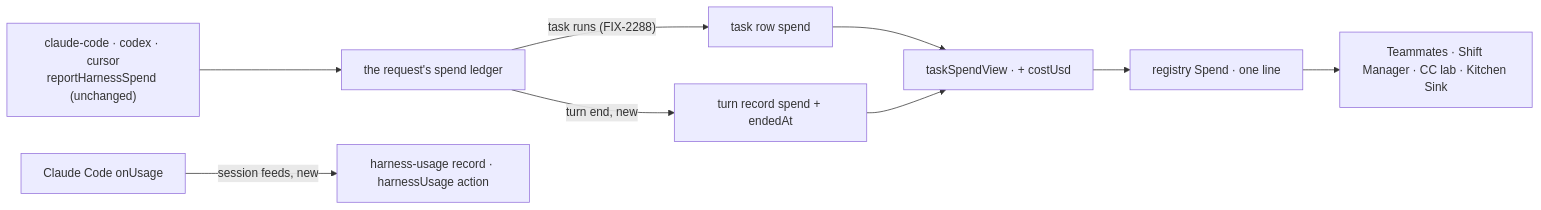
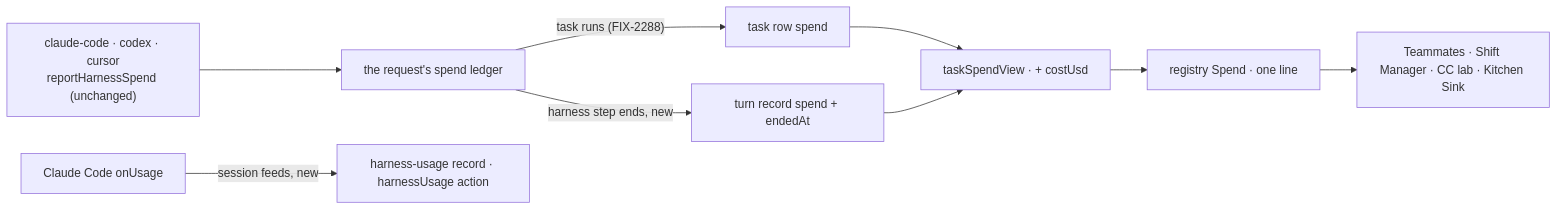
One commit to fixpoint-labs/flow-state-dev changed the second of 2 diagrams in specs/issues/FIX-2398/SPEC.md. Above: the diagram before and after it, drawn with Mermaid. The commit also changed other lines of this file and 1 other file, not shown here.

First line of the commit message:
spec(FIX-2398): round 1 — the turn's spend is written inside the turn

````diff
--- a/specs/issues/FIX-2398/SPEC.md
+++ b/specs/issues/FIX-2398/SPEC.md
@@ -54,11 +54,11 @@
 ```mermaid
 flowchart LR
   H["claude-code · codex · cursor<br/>reportHarnessSpend (unchanged)"] --> L["the request's spend ledger"]
   L -->|"task runs (FIX-2288)"| R["task row spend"]
-  L -->|"turn end, new"| TR["turn record spend + endedAt"]
+  L -->|"harness step ends, new"| TR["turn record spend + endedAt"]
   R --> V["taskSpendView · + costUsd"]
   TR --> V
   V --> S["registry Spend · one line"]
   S --> A["Teammates · Shift Manager · CC lab · Kitchen Sink"]
   CC["Claude Code onUsage"] -->|"session feeds, new"| HU["harness-usage record · harnessUsage action"]
 ```
````
